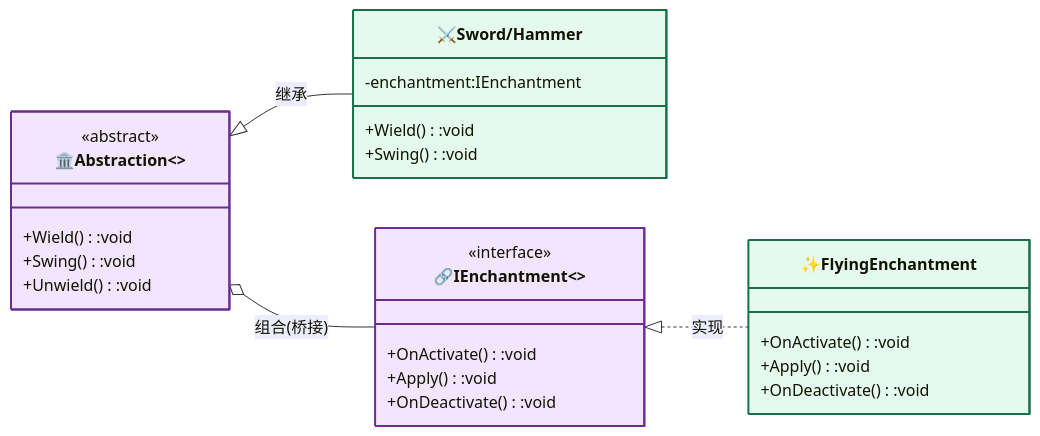
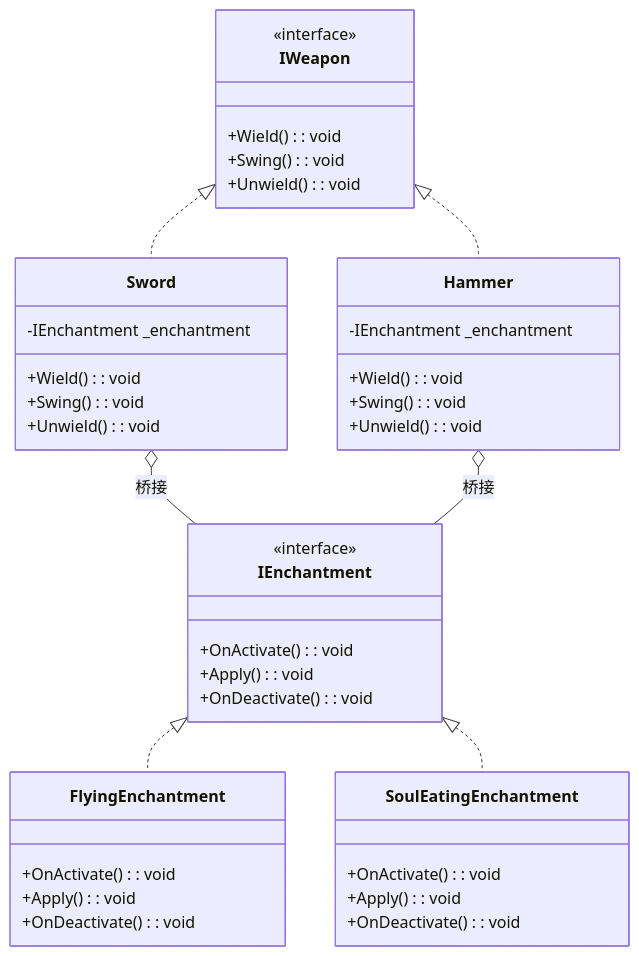
The second of 2 diagrams in BridgePattern/README.md (hollson/design_patterns), drawn with Mermaid before and after one commit. The commit also changed other lines of this file and 19 other files, not shown here.

````diff
--- a/BridgePattern/README.md
+++ b/BridgePattern/README.md
@@ -20,36 +50,44 @@
 ```mermaid
-%%{init: {"classDiagram": {"useMarkdownLabels": true}} }%%
 classDiagram
-    direction LR
-
-    class Abstraction["🏛️Abstraction<<abstract>>"]:::strategyCls{
-        <<abstract>>
-        +Wield():void
-        +Swing():void
-        +Unwield():void
+    class IWeapon {
+        <<interface>>
+        +Wield(): void
+        +Swing(): void
+        +Unwield(): void
     }
-    class RefinedAbstraction["⚔️Sword/Hammer"]:::concreteCls{
-        -enchantment:IEnchantment
-        +Wield():void
-        +Swing():void
+    class Sword {
+        -IEnchantment _enchantment
+        +Wield(): void
+        +Swing(): void
+        +Unwield(): void
     }
-    class Implementor["🔗IEnchantment<<interface>>"]:::strategyCls{
+    class Hammer {
+        -IEnchantment _enchantment
+        +Wield(): void
+        +Swing(): void
+        +Unwield(): void
+    }
+    class IEnchantment {
         <<interface>>
-        +OnActivate():void
-        +Apply():void
-        +OnDeactivate():void
+        +OnActivate(): void
+        +Apply(): void
+        +OnDeactivate(): void
     }
-    class ConcreteImplementor["✨FlyingEnchantment"]:::concreteCls{
-        +OnActivate():void
-        +Apply():void
-        +OnDeactivate():void
+    class FlyingEnchantment {
+        +OnActivate(): void
+        +Apply(): void
+        +OnDeactivate(): void
+    }
+    class SoulEatingEnchantment {
+        +OnActivate(): void
+        +Apply(): void
+        +OnDeactivate(): void
     }
 
-    Abstraction <|-- RefinedAbstraction : 继承
-    Abstraction o-- Implementor : 组合(桥接)
-    Implementor <|.. ConcreteImplementor : 实现
-
-    classDef contextCls fill:#fff3cd,stroke:#856404,stroke-width:2px
-    classDef strategyCls fill:#f3e5ff,stroke:#6b2d91,stroke-width:2px
-    classDef concreteCls fill:#e5faef,stroke:#177048,stroke-width:2px
+    IWeapon <|.. Sword
+    IWeapon <|.. Hammer
+    Sword o-- IEnchantment : 桥接
+    Hammer o-- IEnchantment : 桥接
+    IEnchantment <|.. FlyingEnchantment
+    IEnchantment <|.. SoulEatingEnchantment
 ```
````
